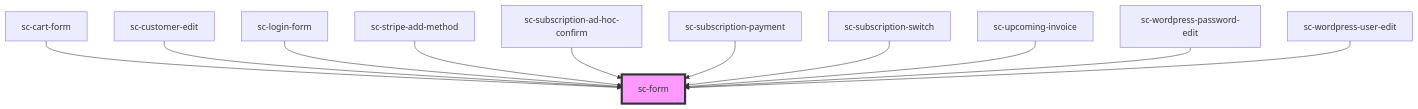
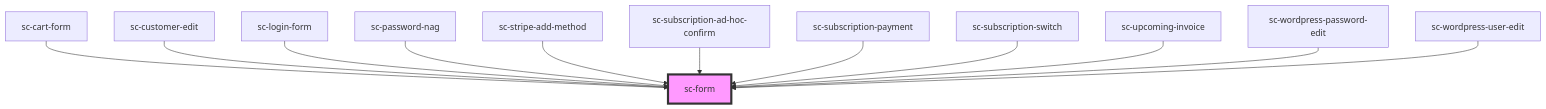
Before and after one commit to surecart/surecart-wp-plugin: the diagram in packages/components/src/components/ui/form/readme.md, drawn with Mermaid. The commit also changed other lines of this file and 12 other files, not shown here.

````diff
--- a/packages/components/src/components/ui/form/readme.md
+++ b/packages/components/src/components/ui/form/readme.md
@@ -90,14 +91,15 @@
 ```mermaid
 graph TD;
   sc-cart-form --> sc-form
   sc-customer-edit --> sc-form
   sc-login-form --> sc-form
+  sc-password-nag --> sc-form
   sc-stripe-add-method --> sc-form
   sc-subscription-ad-hoc-confirm --> sc-form
   sc-subscription-payment --> sc-form
   sc-subscription-switch --> sc-form
   sc-upcoming-invoice --> sc-form
   sc-wordpress-password-edit --> sc-form
   sc-wordpress-user-edit --> sc-form
   style sc-form fill:#f9f,stroke:#333,stroke-width:4px
 ```
````
